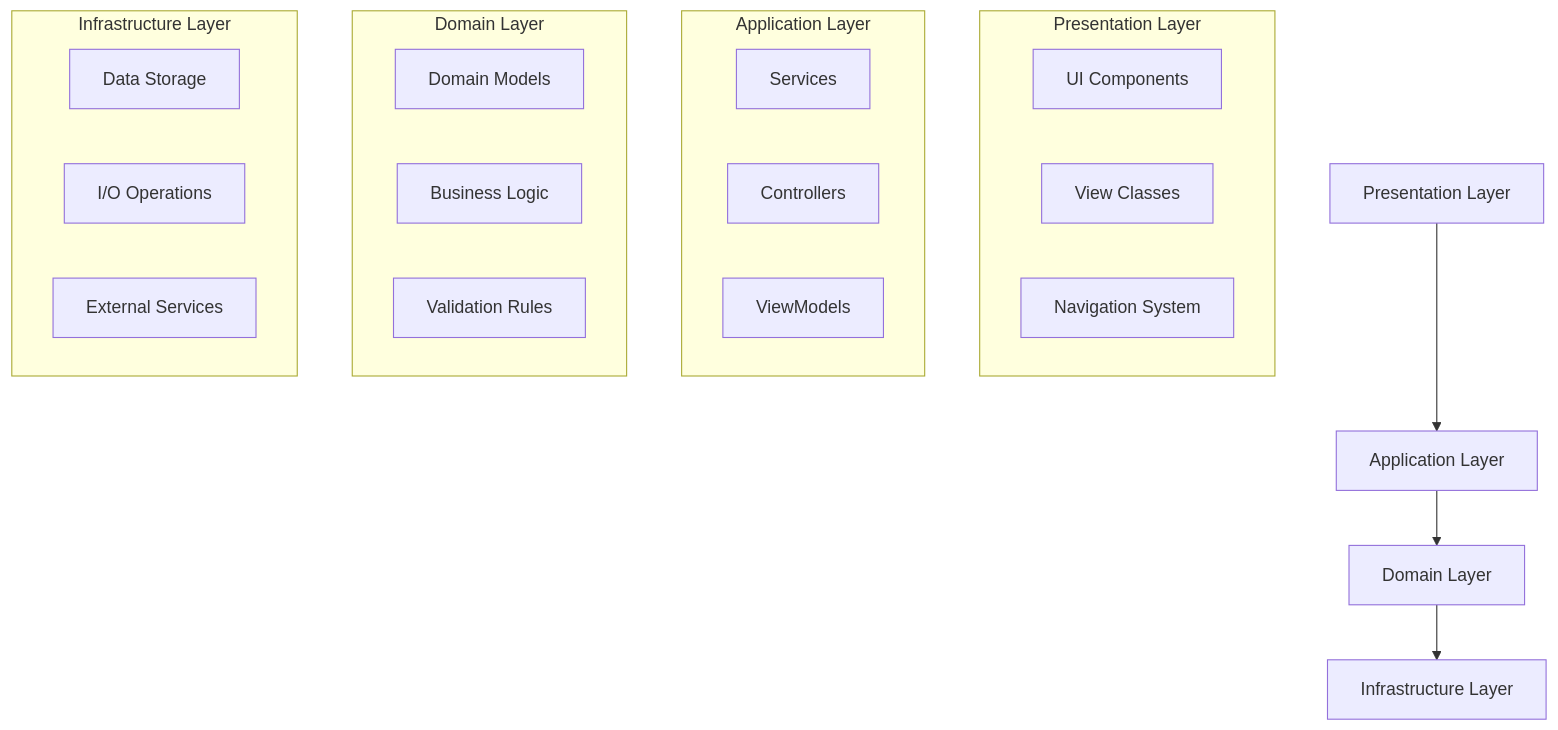
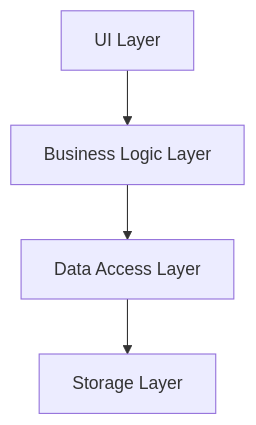
One commit to LinkesAuge/ChestBuddy changed the first of 7 diagrams in memory-bank/systemPatterns.md. Above: the diagram before and after it, drawn with Mermaid. The commit also changed other lines of this file, not shown here.

Commit message:
Update systemPatterns.md with UI component patterns

````diff
--- a/memory-bank/systemPatterns.md
+++ b/memory-bank/systemPatterns.md
@@ -11,30 +9,6 @@
 ```mermaid
 graph TD
-    PL[Presentation Layer] --> AL[Application Layer]
-    AL --> DL[Domain Layer]
-    DL --> IL[Infrastructure Layer]
-    
-    subgraph "Presentation Layer"
-        UI[UI Components]
-        Views[View Classes]
-        Navigation[Navigation System]
-    end
-    
-    subgraph "Application Layer"
-        Services[Services]
-        Controllers[Controllers]
-        ViewModels[ViewModels]
-    end
-    
-    subgraph "Domain Layer"
-        Models[Domain Models]
-        Business[Business Logic]
-        Validation[Validation Rules]
-    end
-    
-    subgraph "Infrastructure Layer"
-        Storage[Data Storage]
-        IO[I/O Operations]
-        External[External Services]
-    end
+    UI[UI Layer] --> Business[Business Logic Layer]
+    Business --> Data[Data Access Layer]
+    Data --> Storage[Storage Layer]
 ```
````
